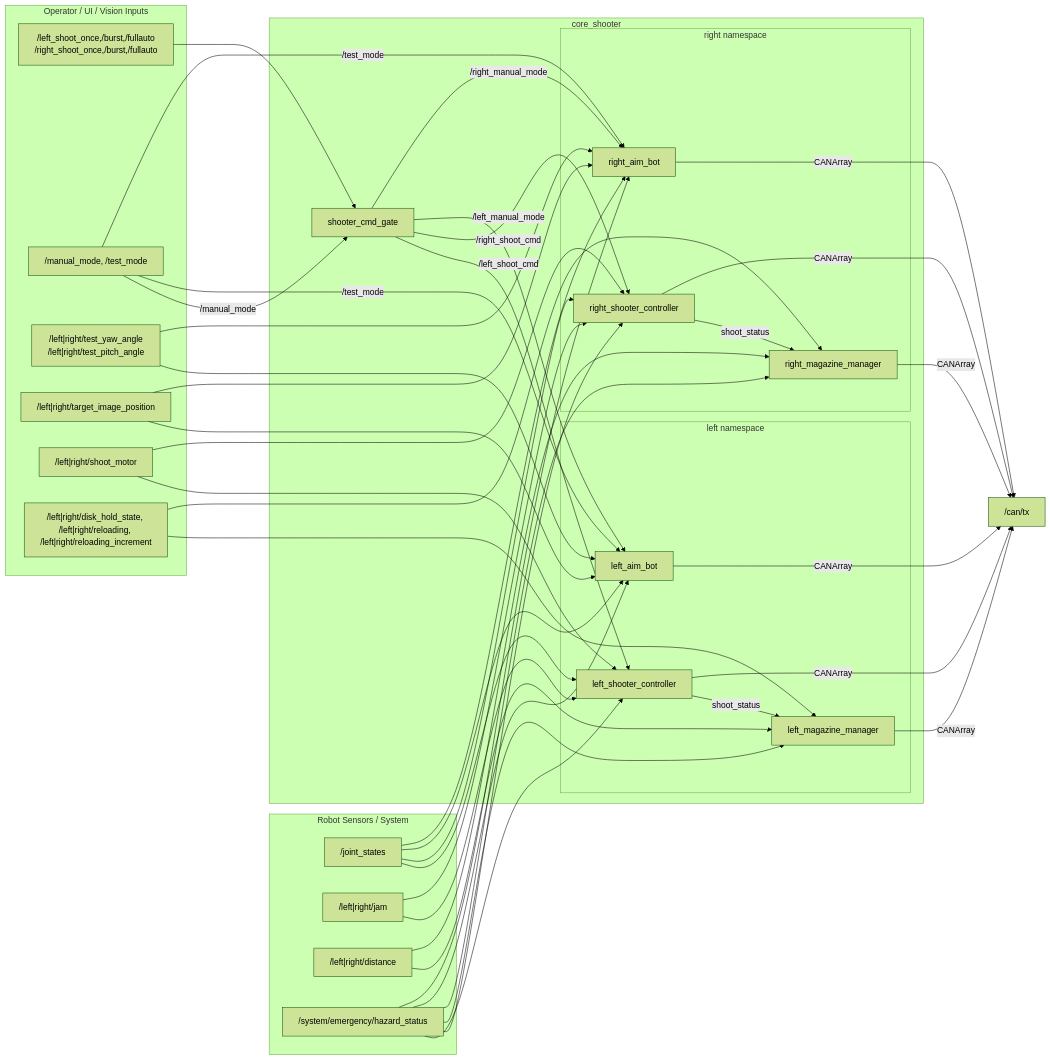
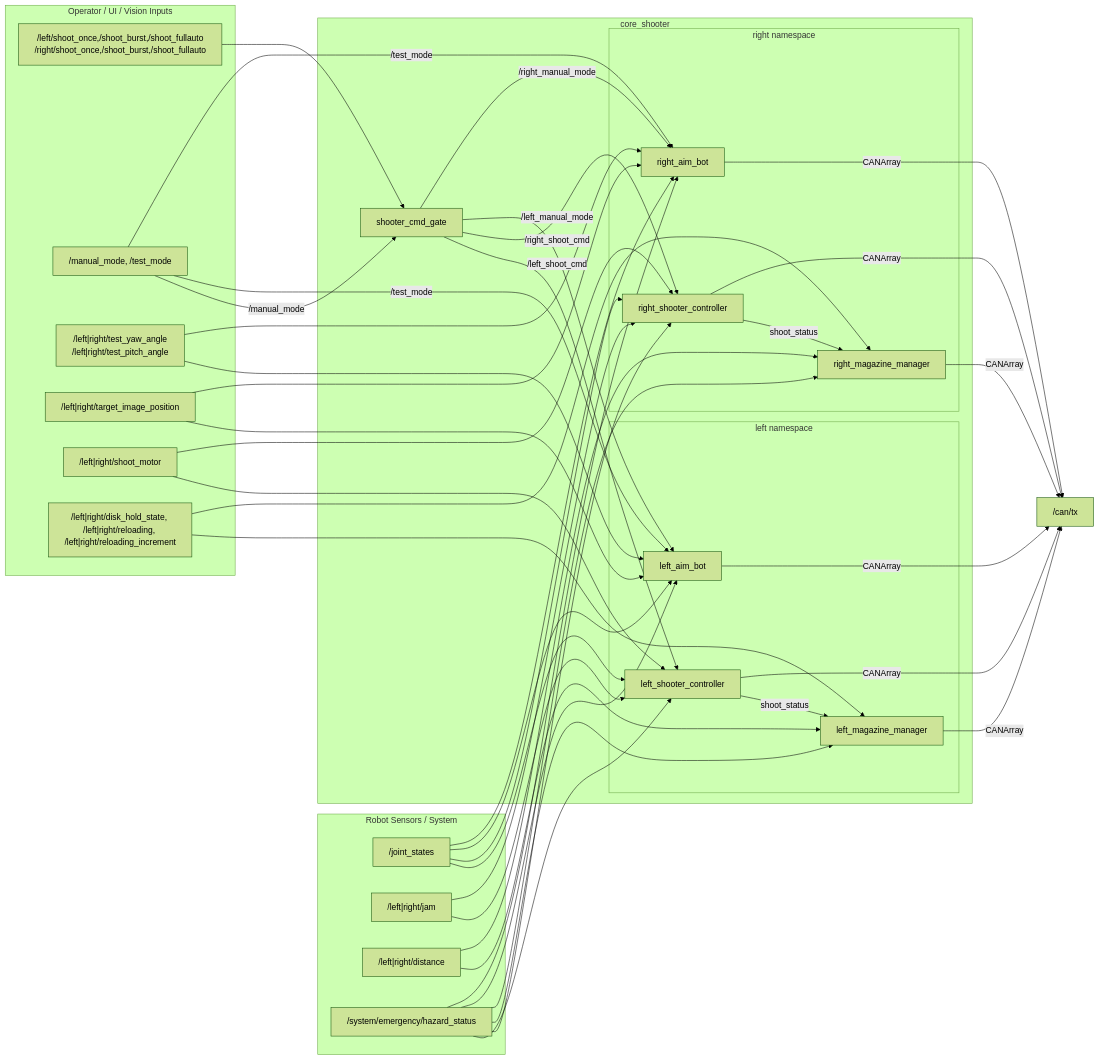
The first of 4 diagrams in core_shooter/docs/shooter_design.md (team-continue/core2026), drawn with Mermaid (forest theme) before and after one commit. The commit also changed other lines of this file and 8 other files, not shown here.

````diff
--- a/core_shooter/docs/shooter_design.md
+++ b/core_shooter/docs/shooter_design.md
@@ -79,75 +79,75 @@
 ```mermaid
 flowchart LR
   subgraph UI["Operator / UI / Vision Inputs"]
-    U1["/left_shoot_once,/burst,/fullauto<br/>/right_shoot_once,/burst,/fullauto"]
+    U1["/left/shoot_once,/shoot_burst,/shoot_fullauto<br/>/right/shoot_once,/shoot_burst,/shoot_fullauto"]
     U2["/manual_mode, /test_mode"]
     U3["/left|right/test_yaw_angle<br/>/left|right/test_pitch_angle"]
     U4["/left|right/target_image_position"]
     U5["/left|right/shoot_motor"]
     U6["/left|right/disk_hold_state, /left|right/reloading, /left|right/reloading_increment"]
   end
 
   subgraph Sensors["Robot Sensors / System"]
     S1["/joint_states"]
     S2["/left|right/jam"]
     S3["/left|right/distance"]
     S4["/system/emergency/hazard_status"]
   end
 
   subgraph ShooterPkg["core_shooter"]
     G["shooter_cmd_gate"]
     subgraph L["left namespace"]
       LC["left_shooter_controller"]
       LM["left_magazine_manager"]
       LA["left_aim_bot"]
     end
     subgraph R["right namespace"]
       RC["right_shooter_controller"]
       RM["right_magazine_manager"]
       RA["right_aim_bot"]
     end
   end
 
   U1 --> G
   U2 -->|/manual_mode| G
   G -->|/left_shoot_cmd| LC
   G -->|/right_shoot_cmd| RC
   G -->|/left_manual_mode| LA
   G -->|/right_manual_mode| RA
 
   U5 --> LC
   U5 --> RC
   U6 --> LM
   U6 --> RM
   U3 --> LA
   U3 --> RA
   U4 --> LA
   U4 --> RA
   U2 -->|/test_mode| LA
   U2 -->|/test_mode| RA
 
   S1 --> LC
   S1 --> RC
   S1 --> LA
   S1 --> RA
   S2 --> LC
   S2 --> RC
   S3 --> LM
   S3 --> RM
   S4 --> LC
   S4 --> RC
   S4 --> LM
   S4 --> RM
   S4 --> LA
   S4 --> RA
 
   LC -->|shoot_status| LM
   RC -->|shoot_status| RM
 
   LC -->|CANArray| CANBUS["/can/tx"]
   RC -->|CANArray| CANBUS
   LM -->|CANArray| CANBUS
   RM -->|CANArray| CANBUS
   LA -->|CANArray| CANBUS
   RA -->|CANArray| CANBUS
 ```
````
